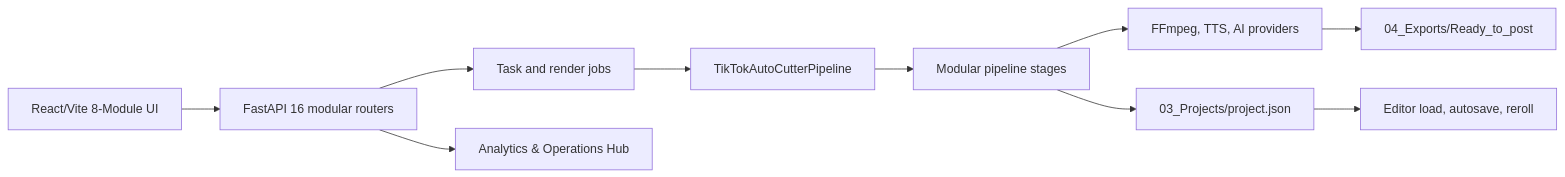
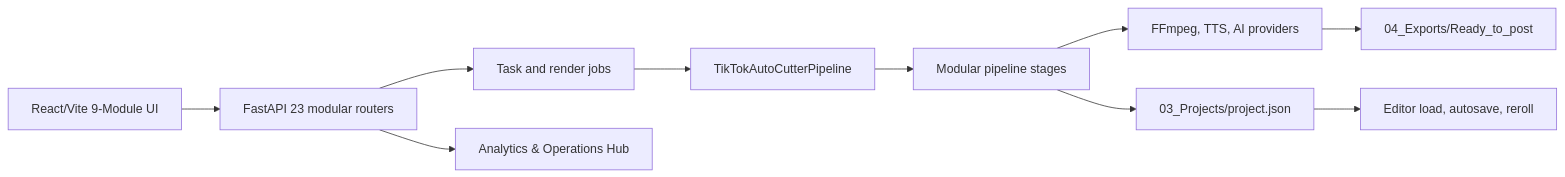
One commit to nazirulhak000/Omnicut changed the diagram in ARCHITECTURE.md. Above: the diagram before and after it, drawn with Mermaid. The commit also changed other lines of this file and 22 other files, not shown here.

````diff
--- a/ARCHITECTURE.md
+++ b/ARCHITECTURE.md
@@ -7,12 +7,12 @@
 ```mermaid
 flowchart LR
-    UI[React/Vite 8-Module UI] --> API[FastAPI 16 modular routers]
+    UI[React/Vite 9-Module UI] --> API[FastAPI 23 modular routers]
     API --> JOB[Task and render jobs]
     JOB --> PIPE[TikTokAutoCutterPipeline]
     PIPE --> STAGES[Modular pipeline stages]
     STAGES --> MEDIA[FFmpeg, TTS, AI providers]
     STAGES --> MANIFEST[03_Projects/project.json]
     MEDIA --> EXPORT[04_Exports/Ready_to_post]
     MANIFEST --> EDITOR[Editor load, autosave, reroll]
     API --> ANALYTICS[Analytics & Operations Hub]
 ```
````
